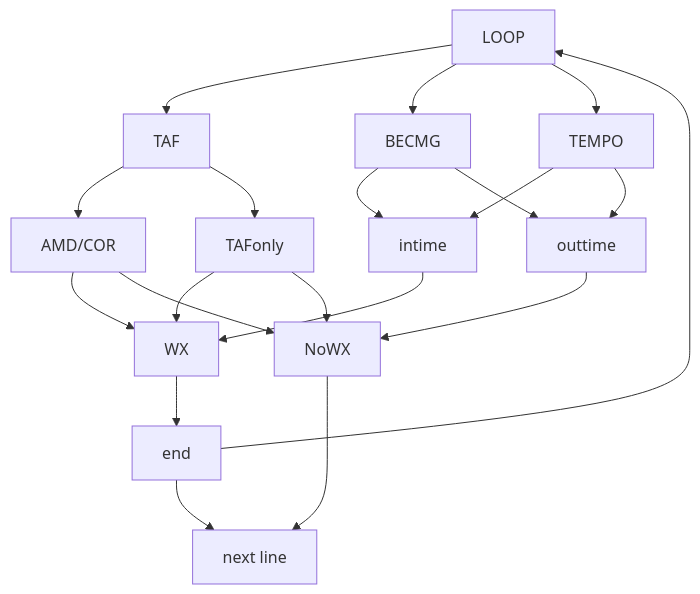
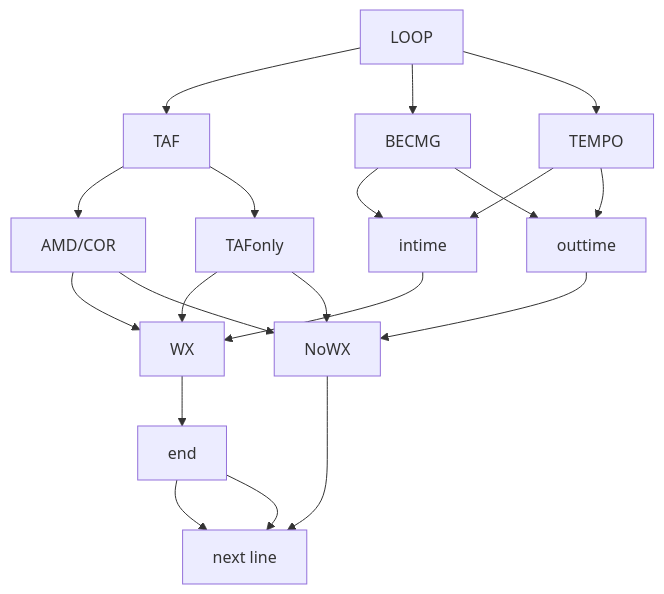
One commit to PeterPan5277/Auto_analysis_crawler changed the second of 2 diagrams in README.md. Above: the diagram before and after it, drawn with Mermaid.

````diff
--- a/README.md
+++ b/README.md
@@ -28,22 +28,22 @@
 ```mermaid
 graph TD
 id1[LOOP]-->id2[TAF]
 id1[LOOP]-->id3[BECMG]
 id1[LOOP]-->id4[TEMPO]
 id2-->id5[AMD/COR]
 id2-->id6[TAFonly]
 id5-->id7[WX]
 id5-->id8[NoWX]
 id7-->id9[end]
 id9-->id10
 id8-->id10[next line]
 id6-->id7
 id6-->id8
 id3-->id11[intime]
 id3-->id12[outtime]
 id11-->id7
 id12-->id8
 id4-->id11
 id4-->id12
-id9-->id1
+id9-->id10
 ```
````
